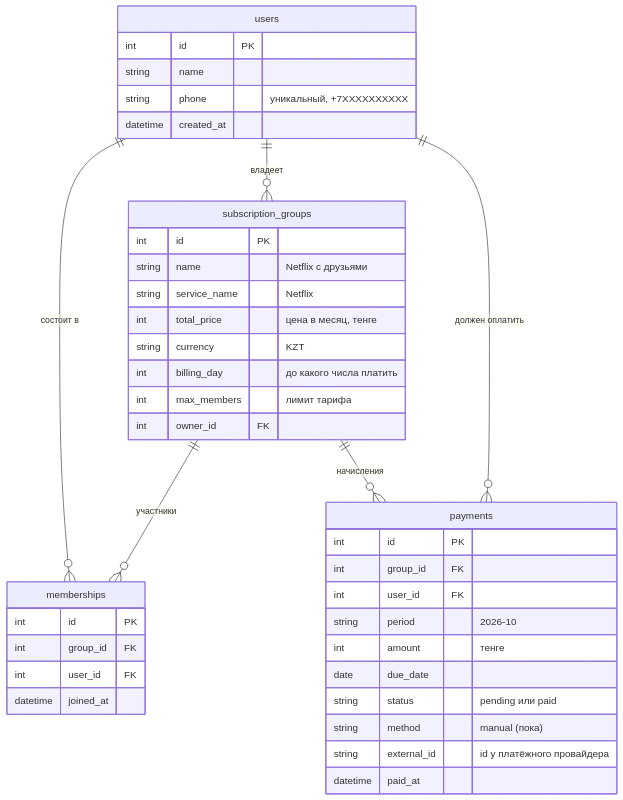
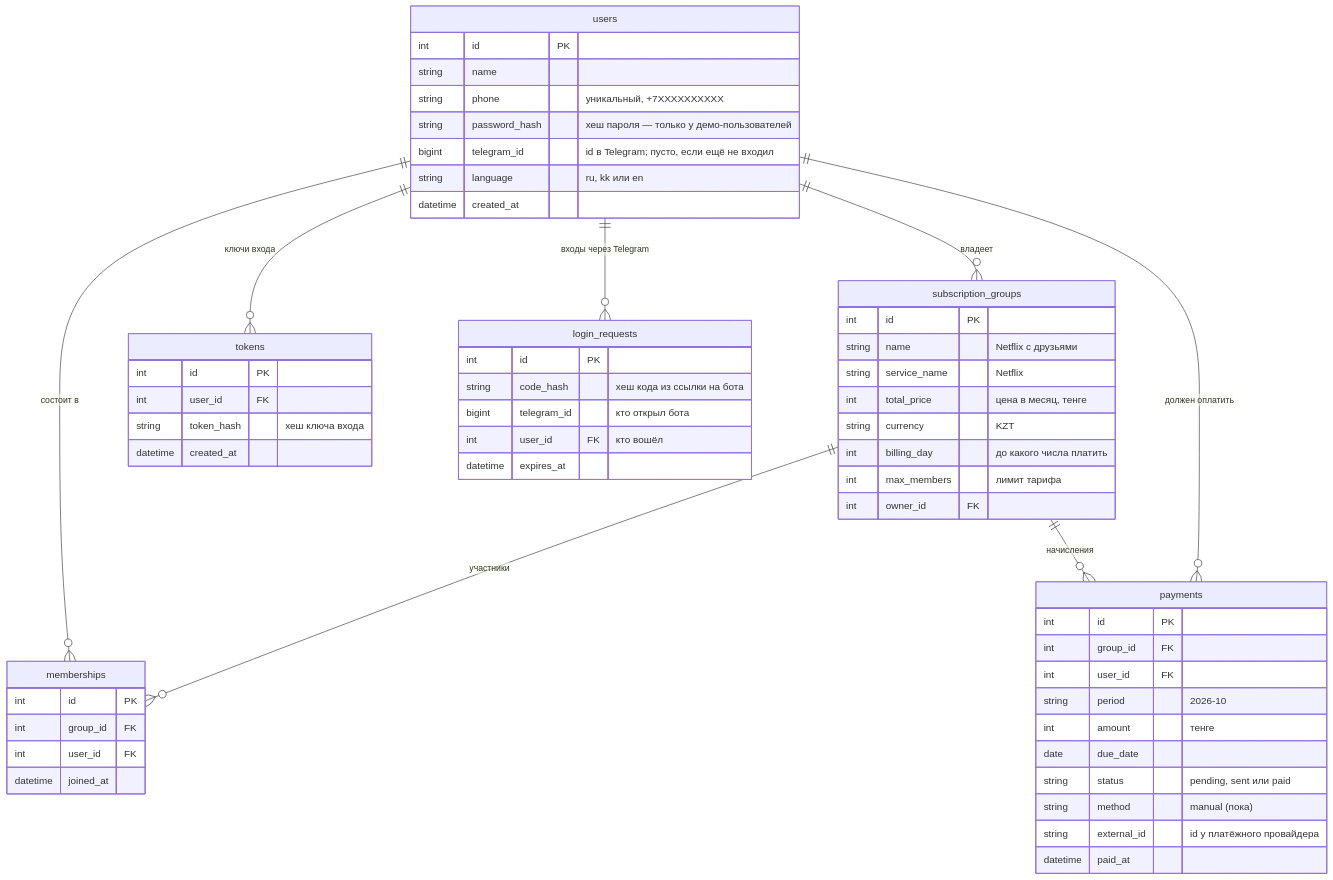
The diagram in README.md (Viperr-wq/Subshare), drawn with Mermaid before and after one commit. The commit also changed other lines of this file and 47 other files, not shown here.

First line of the commit message:
Версия 1.1: вход через Telegram, три языка и сайт

````diff
--- a/README.md
+++ b/README.md
@@ -121,43 +139,61 @@
 ```mermaid
 erDiagram
     users ||--o{ memberships : "состоит в"
     subscription_groups ||--o{ memberships : "участники"
     users ||--o{ subscription_groups : "владеет"
     subscription_groups ||--o{ payments : "начисления"
     users ||--o{ payments : "должен оплатить"
+    users ||--o{ tokens : "ключи входа"
+    users ||--o{ login_requests : "входы через Telegram"
 
     users {
         int id PK
         string name
         string phone "уникальный, +7XXXXXXXXXX"
+        string password_hash "хеш пароля — только у демо-пользователей"
+        bigint telegram_id "id в Telegram; пусто, если ещё не входил"
+        string language "ru, kk или en"
+        datetime created_at
+    }
+    login_requests {
+        int id PK
+        string code_hash "хеш кода из ссылки на бота"
+        bigint telegram_id "кто открыл бота"
+        int user_id FK "кто вошёл"
+        datetime expires_at
+    }
+    tokens {
+        int id PK
+        int user_id FK
+        string token_hash "хеш ключа входа"
         datetime created_at
     }
     subscription_groups {
         int id PK
         string name "Netflix с друзьями"
         string service_name "Netflix"
         int total_price "цена в месяц, тенге"
         string currency "KZT"
         int billing_day "до какого числа платить"
         int max_members "лимит тарифа"
         int owner_id FK
     }
     memberships {
         int id PK
         int group_id FK
         int user_id FK
         datetime joined_at
     }
     payments {
         int id PK
         int group_id FK
         int user_id FK
         string period "2026-10"
         int amount "тенге"
         date due_date
-        string status "pending или paid"
+        string status "pending, sent или paid"
         string method "manual (пока)"
         string external_id "id у платёжного провайдера"
         datetime paid_at
     }
 ```
````
